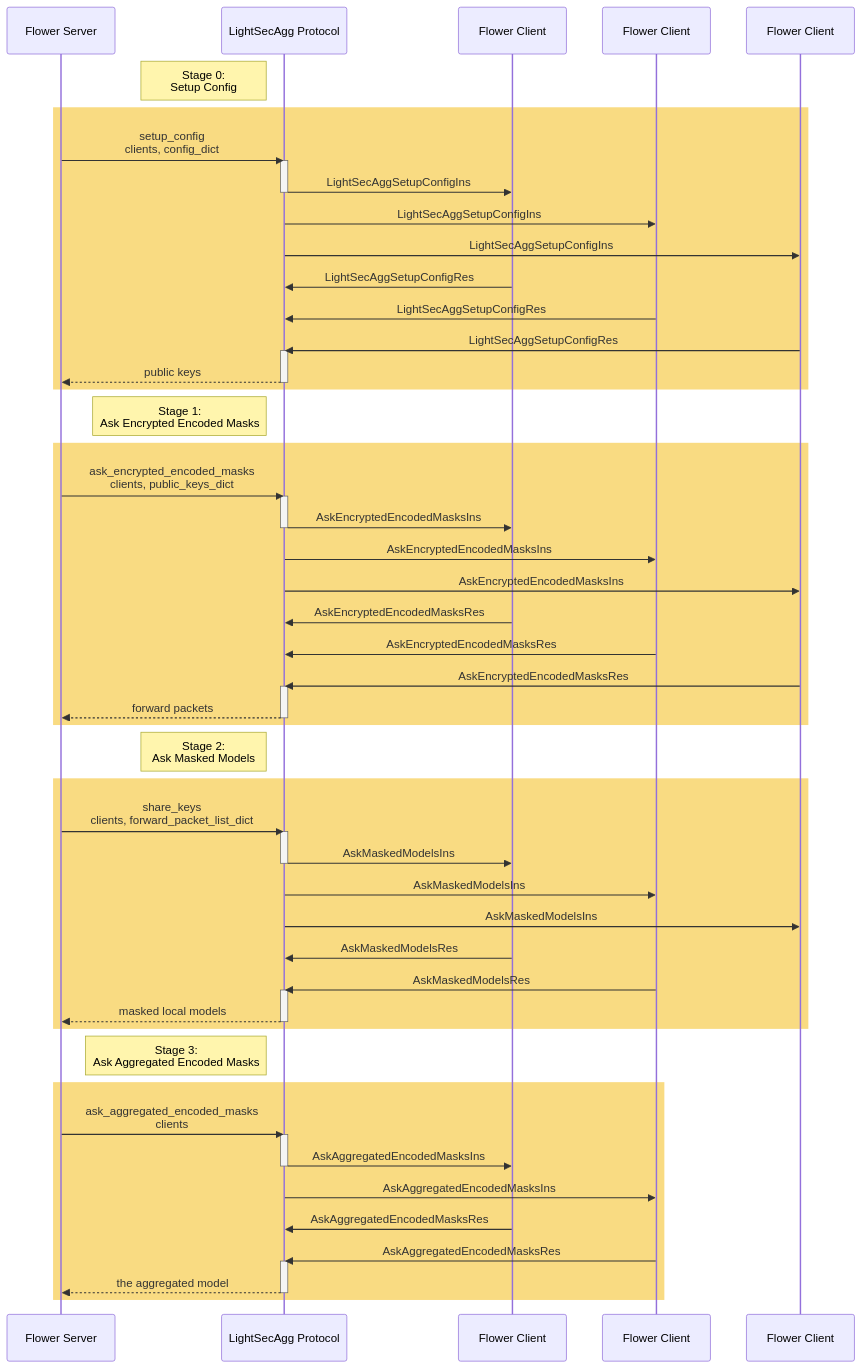
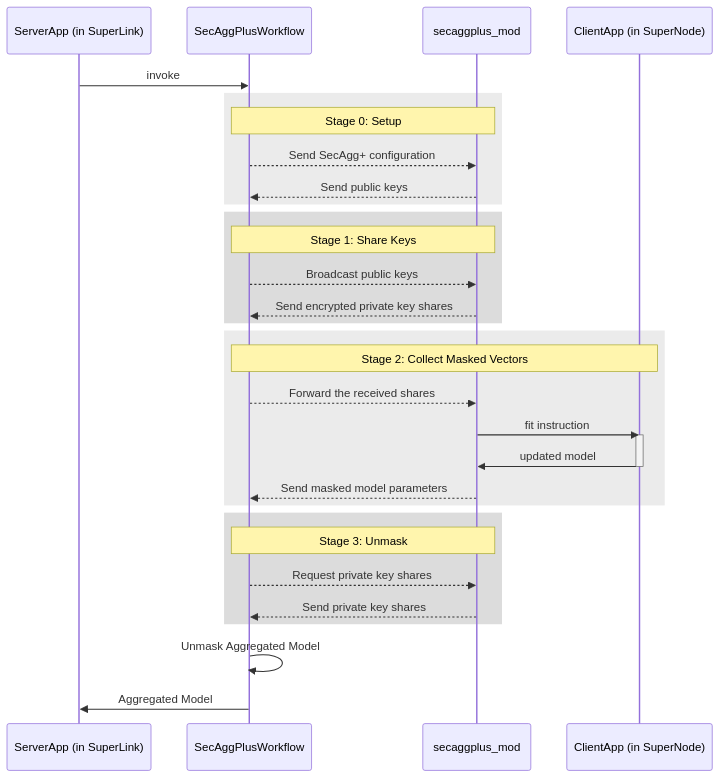
Before and after one commit to flower198765/flower: the diagram in doc/source/contributor-ref-secure-aggregation-protocols.rst, drawn with Mermaid. The commit also changed other lines of this file, not shown here.

```diff
--- a/doc/source/contributor-ref-secure-aggregation-protocols.rst
+++ b/doc/source/contributor-ref-secure-aggregation-protocols.rst
@@ -206,69 +40,39 @@
 .. mermaid::
 
     sequenceDiagram
-        participant S as Flower Server
-        participant P as LightSecAgg Protocol
-        participant C1 as Flower Client
-        participant C2 as Flower Client
-        participant C3 as Flower Client
+        participant ServerApp as ServerApp (in SuperLink)
+        participant SecAggPlusWorkflow
+        participant ClientApp as secaggplus_mod
+        participant RealClientApp as ClientApp (in SuperNode)
 
-        Note left of P: Stage 0:<br/>Setup Config
-        rect rgb(249, 219, 130)
-        S->>P: setup_config<br/>clients, config_dict
-        activate P
-        P->>C1: LightSecAggSetupConfigIns
-        deactivate P
-        P->>C2: LightSecAggSetupConfigIns
-        P->>C3: LightSecAggSetupConfigIns
-        C1->>P: LightSecAggSetupConfigRes
-        C2->>P: LightSecAggSetupConfigRes
-        C3->>P: LightSecAggSetupConfigRes
-        activate P
-        P-->>S: public keys
-        deactivate P
+        ServerApp->>SecAggPlusWorkflow: invoke
+
+        rect rgb(235, 235, 235)
+        note over SecAggPlusWorkflow,ClientApp: Stage 0: Setup
+        SecAggPlusWorkflow-->>ClientApp: Send SecAgg+ configuration
+        ClientApp-->>SecAggPlusWorkflow: Send public keys
         end
 
-        Note left of P: Stage 1:<br/>Ask Encrypted Encoded Masks
-        rect rgb(249, 219, 130)
-        S->>P: ask_encrypted_encoded_masks<br/>clients, public_keys_dict
-        activate P
-        P->>C1: AskEncryptedEncodedMasksIns
-        deactivate P
-        P->>C2: AskEncryptedEncodedMasksIns
-        P->>C3: AskEncryptedEncodedMasksIns
-        C1->>P: AskEncryptedEncodedMasksRes
-        C2->>P: AskEncryptedEncodedMasksRes
-        C3->>P: AskEncryptedEncodedMasksRes
-        activate P
-        P-->>S: forward packets
-        deactivate P
+        rect rgb(220, 220, 220)
+        note over SecAggPlusWorkflow,ClientApp: Stage 1: Share Keys
+        SecAggPlusWorkflow-->>ClientApp: Broadcast public keys
+        ClientApp-->>SecAggPlusWorkflow: Send encrypted private key shares
         end
 
-        Note left of P: Stage 2:<br/>Ask Masked Models
-        rect rgb(249, 219, 130)
-        S->>P: share_keys<br/>clients, forward_packet_list_dict
-        activate P
-        P->>C1: AskMaskedModelsIns
-        deactivate P
-        P->>C2: AskMaskedModelsIns
-        P->>C3: AskMaskedModelsIns
-        C1->>P: AskMaskedModelsRes
-        C2->>P: AskMaskedModelsRes
-        activate P
-        P-->>S: masked local models
-        deactivate P
+        rect rgb(235, 235, 235)
+        note over SecAggPlusWorkflow,RealClientApp: Stage 2: Collect Masked Vectors
+        SecAggPlusWorkflow-->>ClientApp: Forward the received shares
+        ClientApp->>RealClientApp: fit instruction
+        activate RealClientApp
+        RealClientApp->>ClientApp: updated model
+        deactivate RealClientApp
+        ClientApp-->>SecAggPlusWorkflow: Send masked model parameters
         end
 
-        Note left of P: Stage 3:<br/>Ask Aggregated Encoded Masks
-        rect rgb(249, 219, 130)
-        S->>P: ask_aggregated_encoded_masks<br/>clients
-        activate P
-        P->>C1: AskAggregatedEncodedMasksIns
-        deactivate P
-        P->>C2: AskAggregatedEncodedMasksIns
-        C1->>P: AskAggregatedEncodedMasksRes
-        C2->>P: AskAggregatedEncodedMasksRes
-        activate P
-        P-->>S: the aggregated model
-        deactivate P
+        rect rgb(220, 220, 220)
+        note over SecAggPlusWorkflow,ClientApp: Stage 3: Unmask
+        SecAggPlusWorkflow-->>ClientApp: Request private key shares
+        ClientApp-->>SecAggPlusWorkflow: Send private key shares
         end
+        SecAggPlusWorkflow->>SecAggPlusWorkflow: Unmask Aggregated Model
+        SecAggPlusWorkflow->>ServerApp: Aggregated Model
```
